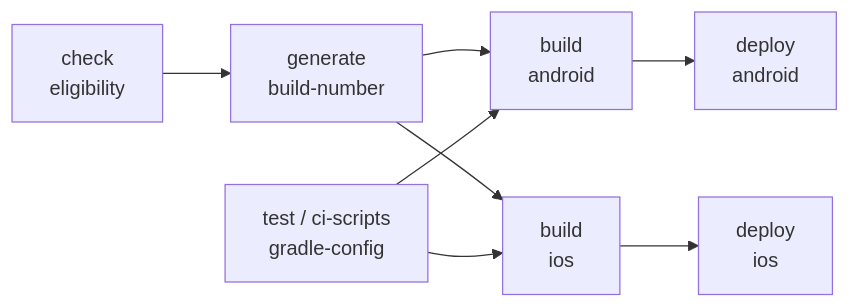
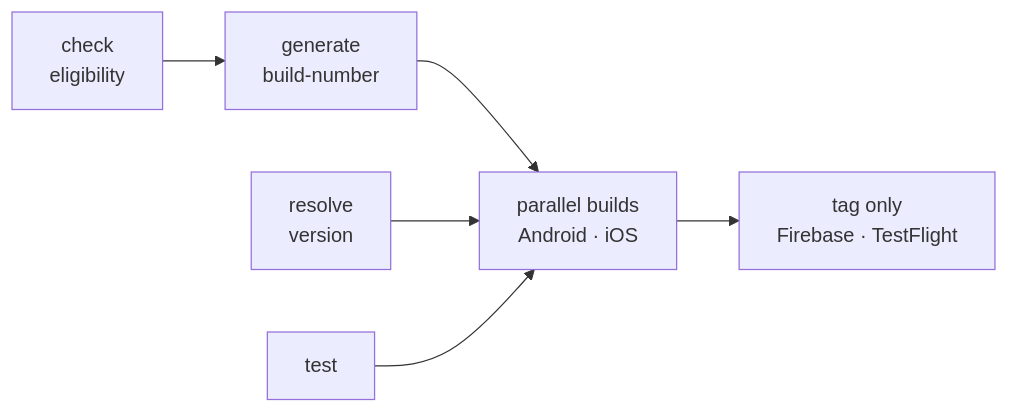
One commit to FatJohn/document changed the second of 2 diagrams in flutter-cicd/index.md. Above: the diagram before and after it, drawn with Mermaid. The commit also changed other lines of this file and 6 other files, not shown here.

````diff
--- a/flutter-cicd/index.md
+++ b/flutter-cicd/index.md
@@ -225,10 +225,8 @@
 ```mermaid
 graph LR
   A["check<br/>eligibility"] --> B["generate<br/>build-number"]
-  B --> C["build<br/>android"]
-  B --> D["build<br/>ios"]
-  C --> E["deploy<br/>android"]
-  D --> F["deploy<br/>ios"]
-  G["test / ci-scripts<br/>gradle-config"] --> C
-  G --> D
+  B --> C["parallel builds<br/>Android · iOS"]
+  C --> D["tag only<br/>Firebase · TestFlight"]
+  R["resolve<br/>version"] --> C
+  T["test"] --> C
 ```
````
